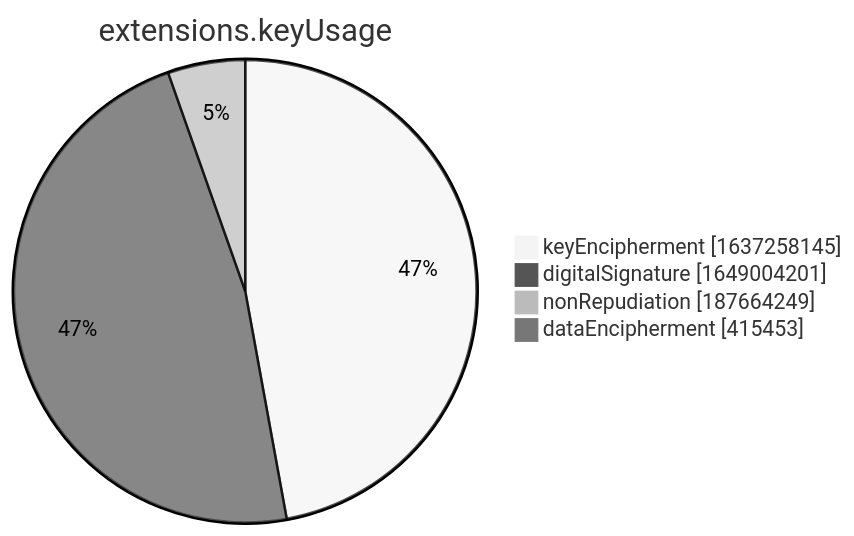
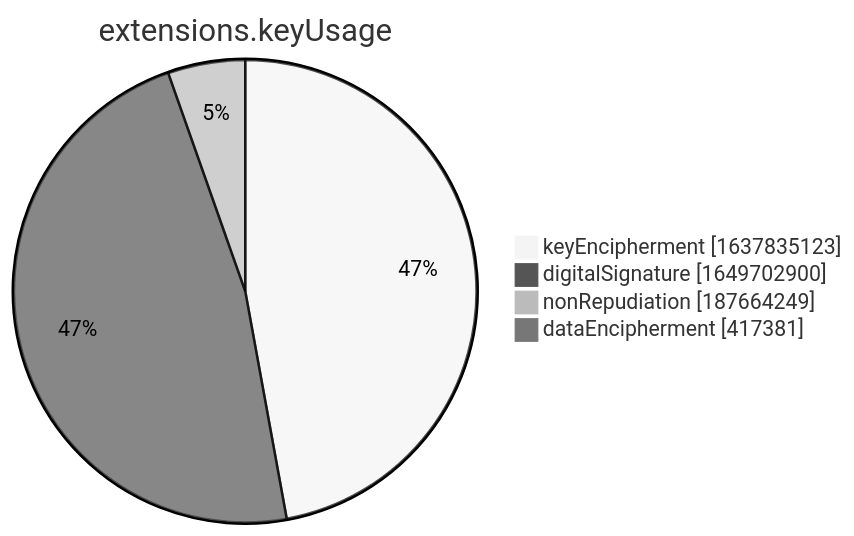
The seventh of 15 diagrams in xenon2022/README.md (christiankrug/ctmonitor_visualization), drawn with Mermaid (neutral theme) before and after one commit. The commit also changed other lines of this file, not shown here.

````diff
--- a/xenon2022/README.md
+++ b/xenon2022/README.md
@@ -2856,8 +2856,8 @@
 ```mermaid
 pie showData
 title extensions.keyUsage
-"keyEncipherment" :1637258145
-"digitalSignature" :1649004201
+"keyEncipherment" :1637835123
+"digitalSignature" :1649702900
 "nonRepudiation" :187664249
-"dataEncipherment" :415453
+"dataEncipherment" :417381
 ```
````
